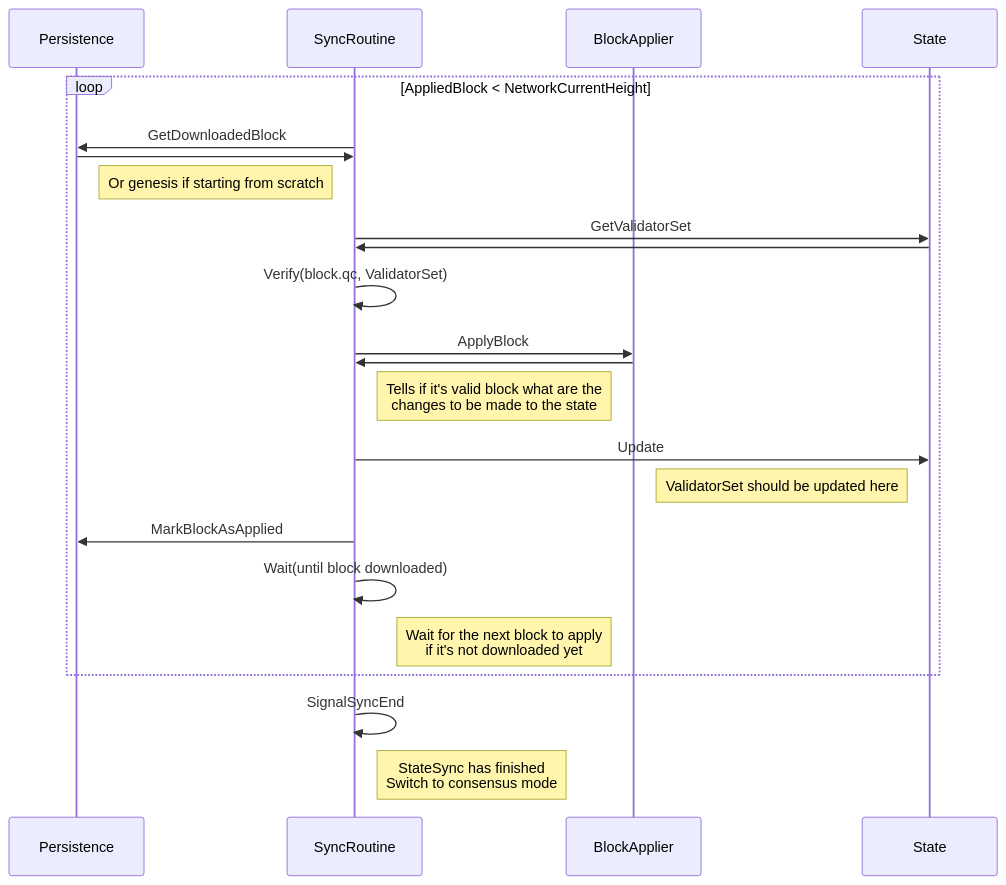
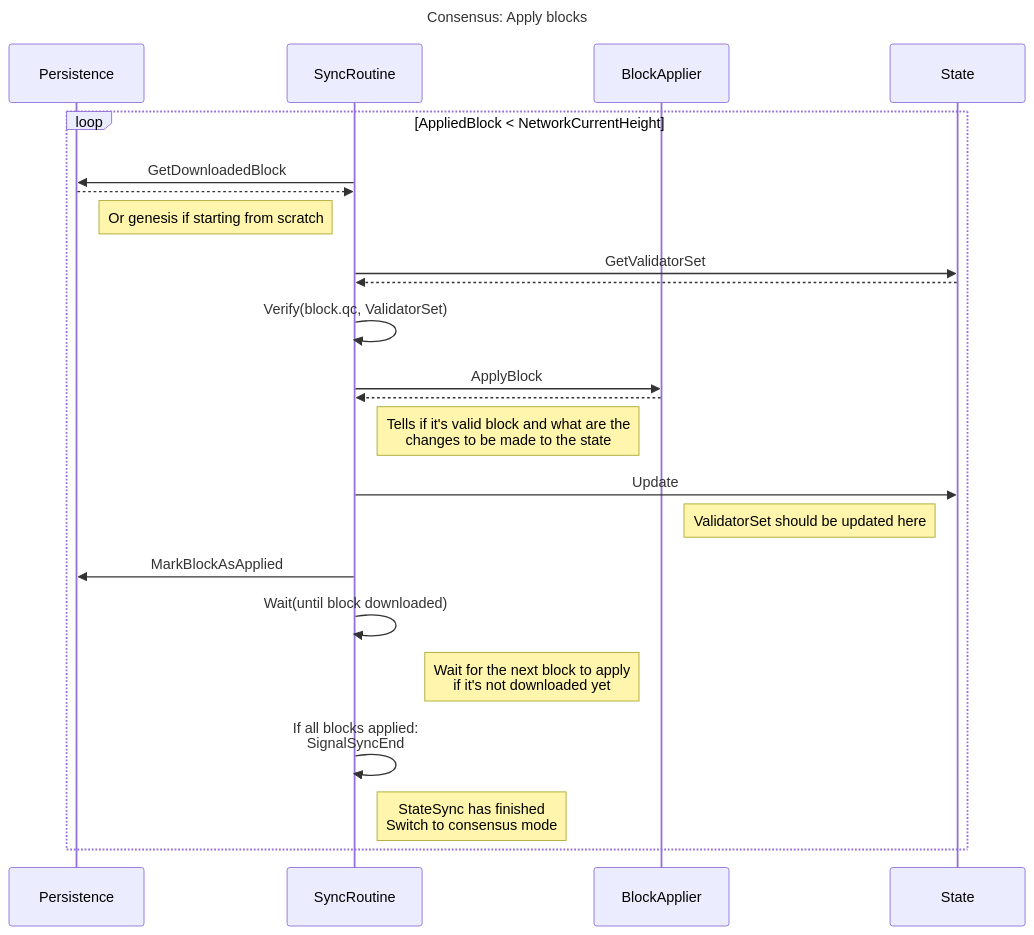
The seventh of 9 diagrams in consensus/README.md (pokt-network/pocket), drawn with Mermaid before and after one commit. The commit also changed other lines of this file, not shown here.

````diff
--- a/consensus/README.md
+++ b/consensus/README.md
@@ -243,25 +262,35 @@
 ```mermaid
 sequenceDiagram
-participant Persistence
-participant SyncRoutine
-participant BlockApplier
-participant State
-loop AppliedBlock < NetworkCurrentHeight
-  SyncRoutine->>Persistence:GetDownloadedBlock
-  Persistence->>SyncRoutine: 
-  Note right of Persistence: Or genesis if starting from scratch
-  SyncRoutine->>State:GetValidatorSet
-  State->>SyncRoutine: 
-  SyncRoutine->>SyncRoutine:Verify(block.qc, ValidatorSet)
-  SyncRoutine->>BlockApplier:ApplyBlock
-  BlockApplier->>SyncRoutine: 
-  Note left of BlockApplier: Tells if it's valid block what are the  <br />changes to be made to the state
-  SyncRoutine->>State:Update
-  Note left of State: ValidatorSet should be updated here
-  SyncRoutine->>Persistence:MarkBlockAsApplied
-  SyncRoutine->>SyncRoutine:Wait(until block downloaded)
-  Note left of BlockApplier: Wait for the next block to apply<br /> if it's not downloaded yet
-end
-SyncRoutine->>SyncRoutine:SignalSyncEnd
-Note right of SyncRoutine: StateSync has finished<br />Switch to consensus mode
+  title: Consensus: Apply blocks
+
+  participant Persistence
+  participant SyncRoutine
+  participant BlockApplier
+  participant State
+
+  loop AppliedBlock < NetworkCurrentHeight
+    SyncRoutine->>Persistence:GetDownloadedBlock
+    Persistence-->>SyncRoutine: 
+
+    Note right of Persistence: Or genesis if starting from scratch
+    SyncRoutine->>State:GetValidatorSet
+    State-->>SyncRoutine: 
+
+    SyncRoutine->>SyncRoutine:Verify(block.qc, ValidatorSet)
+
+    SyncRoutine->>BlockApplier:ApplyBlock
+    BlockApplier-->>SyncRoutine: 
+
+    Note left of BlockApplier: Tells if it's valid block and what are the  <br />changes to be made to the state
+    SyncRoutine->>State:Update
+
+    Note left of State: ValidatorSet should be updated here
+    SyncRoutine->>Persistence:MarkBlockAsApplied
+
+    SyncRoutine->>SyncRoutine:Wait(until block downloaded)
+    Note left of BlockApplier: Wait for the next block to apply<br /> if it's not downloaded yet
+
+    SyncRoutine->>SyncRoutine:If all blocks applied:<br />SignalSyncEnd
+    Note right of SyncRoutine: StateSync has finished<br />Switch to consensus mode
+  end
 ```
````
